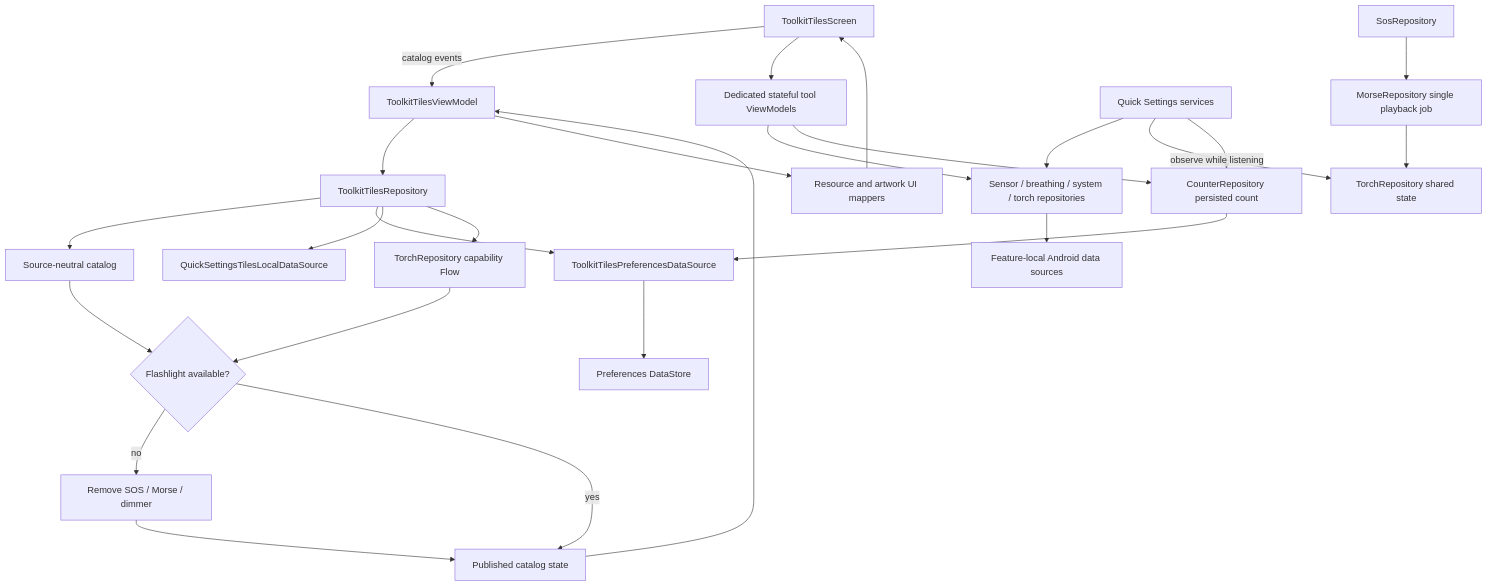
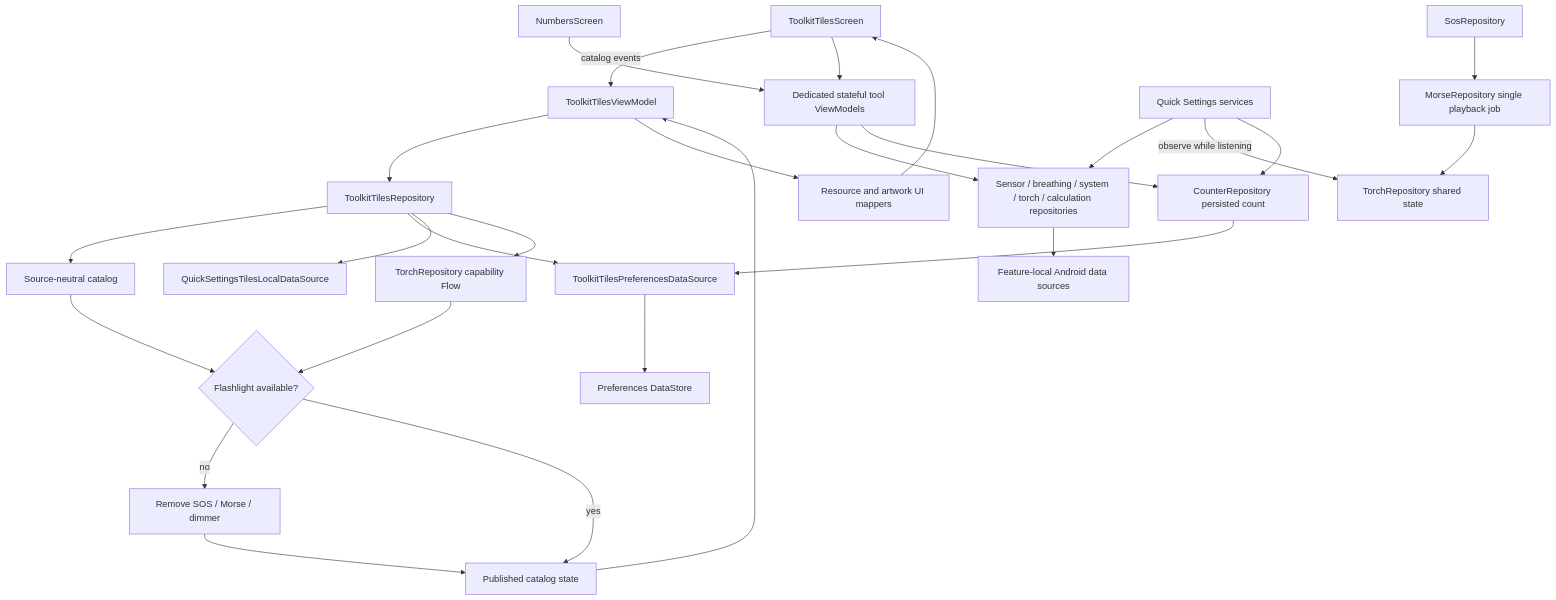
Before and after one commit to MihaiCristianCondrea/App-Toolkit-for-Android: the diagram in sample/feature/tiles/README.md, drawn with Mermaid. The commit also changed other lines of this file and 103 other files, not shown here.

````diff
--- a/sample/feature/tiles/README.md
+++ b/sample/feature/tiles/README.md
@@ -40,28 +41,29 @@
 ```mermaid
 flowchart TD
     Screen[ToolkitTilesScreen] -->|catalog events| VM[ToolkitTilesViewModel]
+    Numbers[NumbersScreen] --> ToolVMs[Dedicated stateful tool ViewModels]
     VM --> Tiles[ToolkitTilesRepository]
     Tiles --> Catalogue[Source-neutral catalog]
     Tiles --> Preferences[ToolkitTilesPreferencesDataSource]
     Preferences --> Store[Preferences DataStore]
     Tiles --> QS[QuickSettingsTilesLocalDataSource]
     Tiles --> TorchCapability[TorchRepository capability Flow]
     TorchCapability --> Filter{Flashlight available?}
     Catalogue --> Filter
     Filter -->|no| Remove[Remove SOS / Morse / dimmer]
     Filter -->|yes| Published[Published catalog state]
     Remove --> Published
     Published --> VM
     VM --> UiMap[Resource and artwork UI mappers]
     UiMap --> Screen
-    Screen --> ToolVMs[Dedicated stateful tool ViewModels]
-    ToolVMs --> Repositories[Sensor / breathing / system / torch repositories]
+    Screen --> ToolVMs
+    ToolVMs --> Repositories[Sensor / breathing / system / torch / calculation repositories]
     Repositories --> Sources[Feature-local Android data sources]
     Sos[SosRepository] --> Morse[MorseRepository single playback job]
     Morse --> Torch[TorchRepository shared state]
     Services[Quick Settings services] --> Repositories
     Services -->|observe while listening| Torch
     Services --> Counter[CounterRepository persisted count]
     ToolVMs --> Counter
     Counter --> Preferences
 ```
````
